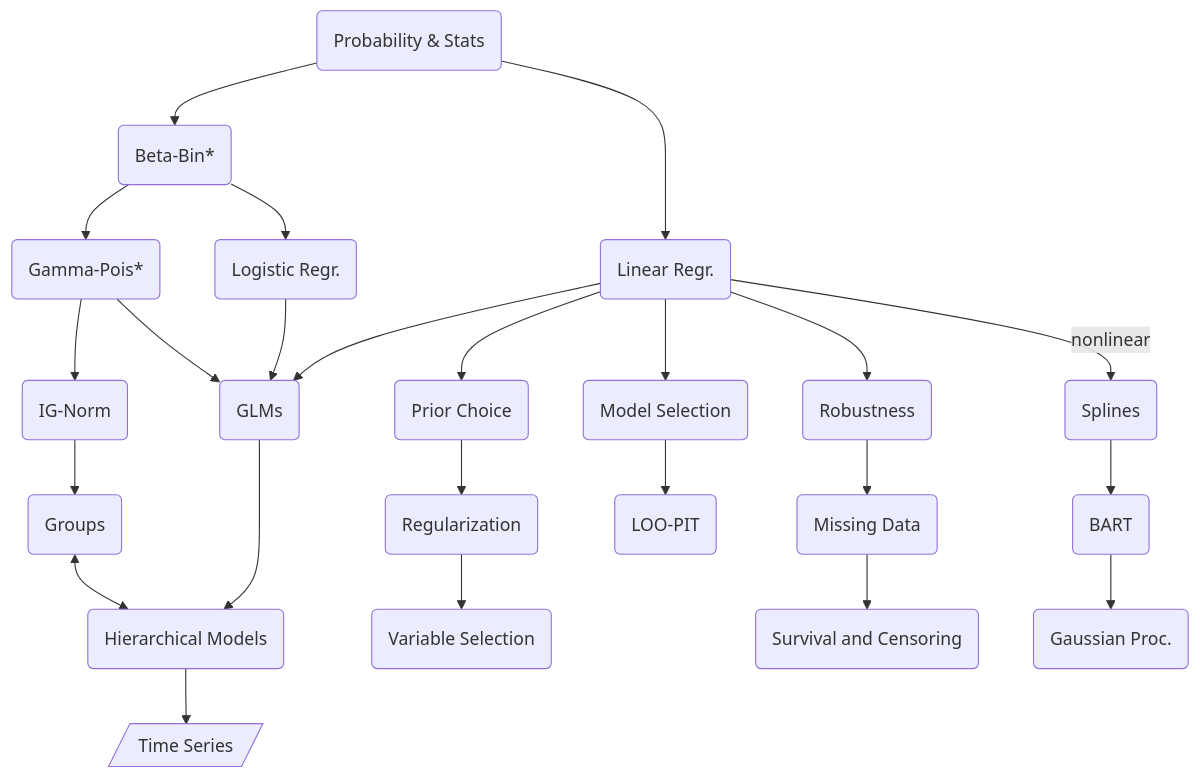
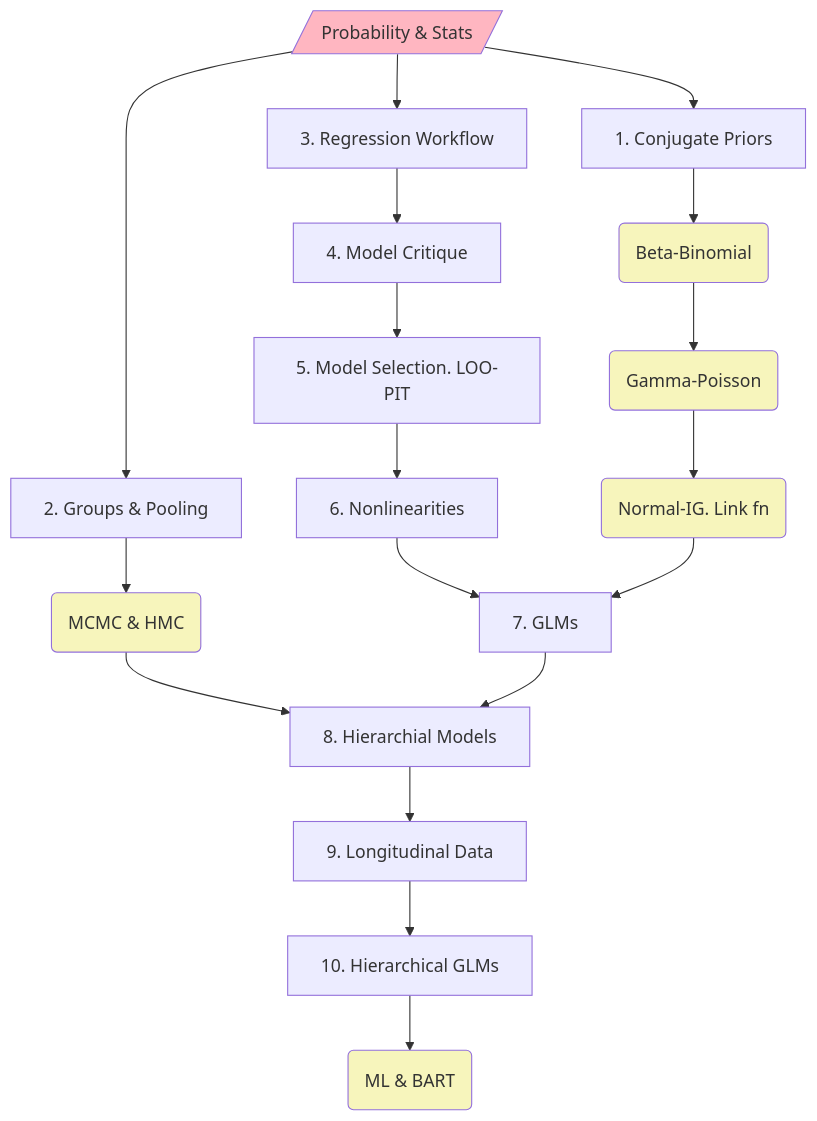
One commit to Bizovi/decision-making-website changed the diagram in course_book/references.qmd. Above: the diagram before and after it, drawn with Mermaid. The commit also changed other lines of this file and 2 other files, not shown here.

Commit message:
Fix bayes mermaid diagram

````diff
--- a/course_book/references.qmd
+++ b/course_book/references.qmd
@@ -67,21 +29,24 @@
 ```{mermaid}
 %%| label: fig-mermaid
 %%| fig-width: 9
 %%| fig-cap: |
 %%|   We develop a composable toolbox, capable to tackle the challenges of nonlinearity, heterogeneity, low level of aggregation, discreteness, missing data and heteroskedasticity. By putting together the right pieces in a right way, we can improve predictions and decisions in most aspects of a business. 
 
 flowchart TD
-  DM(Probability & Stats)
-  DM --> BB(Beta-Bin*) --> GPo(Gamma-Pois*) --> NIG(IG-Norm) --> G(Groups)
-  BB --> LR(Logistic Regr.)
-  DM --> LM(Linear Regr.) --> GLM(GLMs)  --> Caus(Hierarchical Models) --> Misc[/Time Series/]
-  LR --> GLM
-  GPo --> GLM
-  G <--> Caus
+  DM[/ Probability & Stats /]
+  DM --> CJ[1. Conjugate Priors] 
+  DM --> LR1[3. Regression Workflow] --> LR2[4. Model Critique] --> LR3[5. Model Selection. LOO-PIT] --> LR4[6. Nonlinearities] --> GLM[7. GLMs] 
+  DM --> G[2. Groups & Pooling] --> MCMC(MCMC & HMC) --> HM1[8. Hierarchial Models] --> HM2[9. Longitudinal Data] --> HM3[10. Hierarchical GLMs]
 
-  LM --> P(Prior Choice) --> Reg(Regularization) --> VS(Variable Selection)
-  LM --> MS(Model Selection) --> LOO(LOO-PIT)
-  LM --> Rb(Robustness) --> NA(Missing Data) --> Surv(Survival and Censoring)
-  LM -- nonlinear --> NL(Splines) --> BART(BART) --> GP(Gaussian Proc.)
+  GLM --> HM1 
+  CJ --> BB(Beta-Binomial) --> GP(Gamma-Poisson) --> NG(Normal-IG. Link fn)
+  NG --> GLM
+  HM3 --> BART(ML & BART)
 
+  style DM fill:#ffb6c1
+  style BB fill:#f7f5bc
+  style GP fill:#f7f5bc
+  style NG fill:#f7f5bc
+  style BART fill:#f7f5bc
+  style MCMC fill:#f7f5bc
 ```
````
